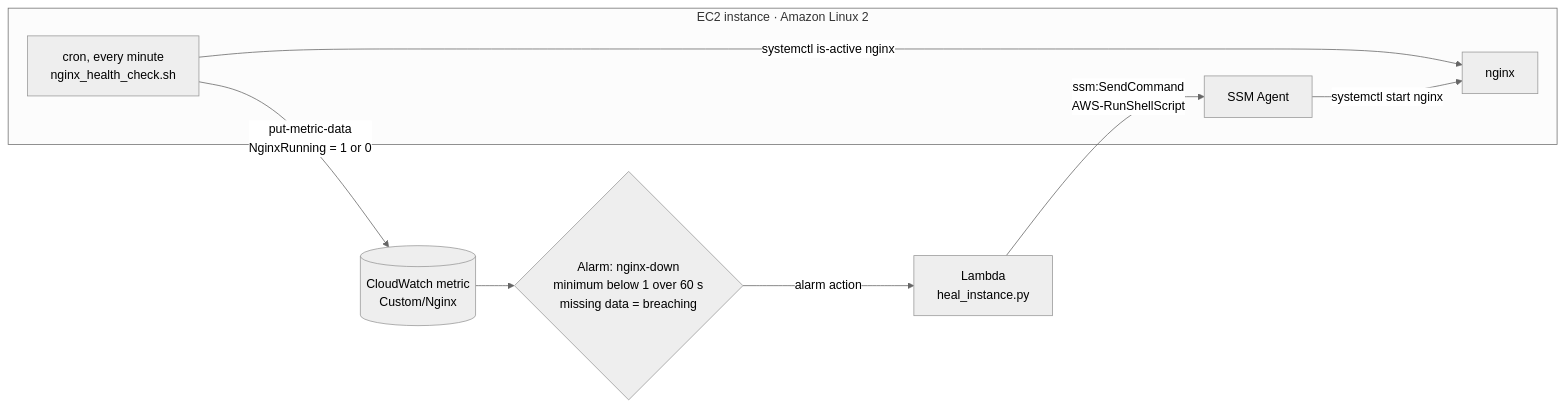
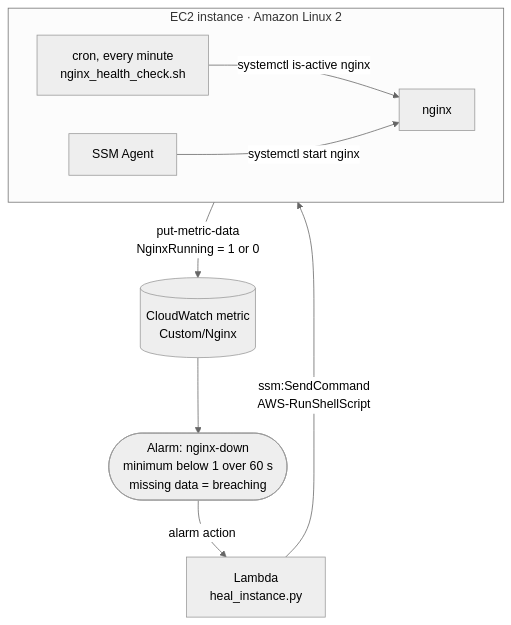
Before and after one commit to aimsotrash/self-healing-infra: the diagram in README.md, drawn with Mermaid (neutral theme).

Commit message:
README: lay out the healing loop top to bottom

````diff
--- a/README.md
+++ b/README.md
@@ -13,14 +13,15 @@
 ```mermaid
-flowchart LR
+flowchart TB
     subgraph ec2["EC2 instance · Amazon Linux 2"]
+        direction LR
+        check["cron, every minute<br/>nginx_health_check.sh"]
         nginx["nginx"]
-        check["cron, every minute<br/>nginx_health_check.sh"]
         agent["SSM Agent"]
     end
     check -->|"systemctl is-active nginx"| nginx
     check -->|"put-metric-data<br/>NginxRunning = 1 or 0"| metric[("CloudWatch metric<br/>Custom/Nginx")]
-    metric --> alarm{"Alarm: nginx-down<br/>minimum below 1 over 60 s<br/>missing data = breaching"}
+    metric --> alarm(["Alarm: nginx-down<br/>minimum below 1 over 60 s<br/>missing data = breaching"])
     alarm -->|"alarm action"| lambda["Lambda<br/>heal_instance.py"]
     lambda -->|"ssm:SendCommand<br/>AWS-RunShellScript"| agent
     agent -->|"systemctl start nginx"| nginx
 ```
````
